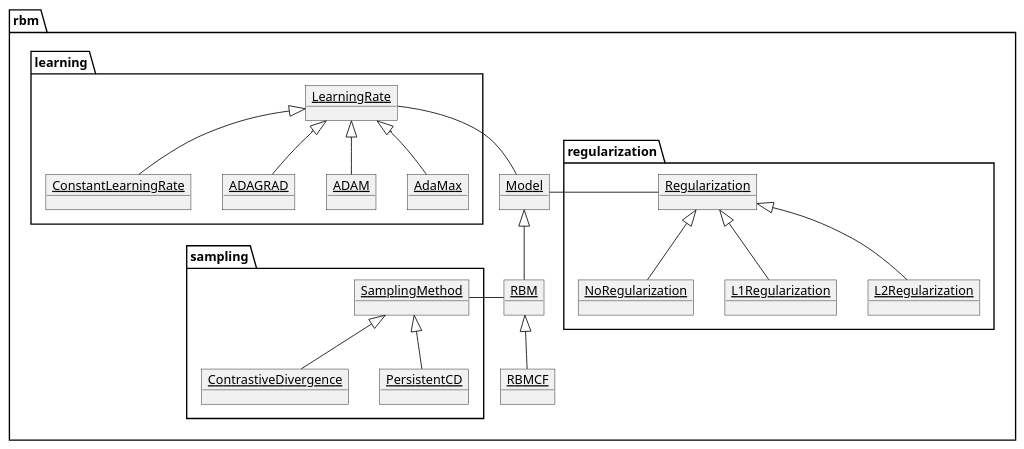
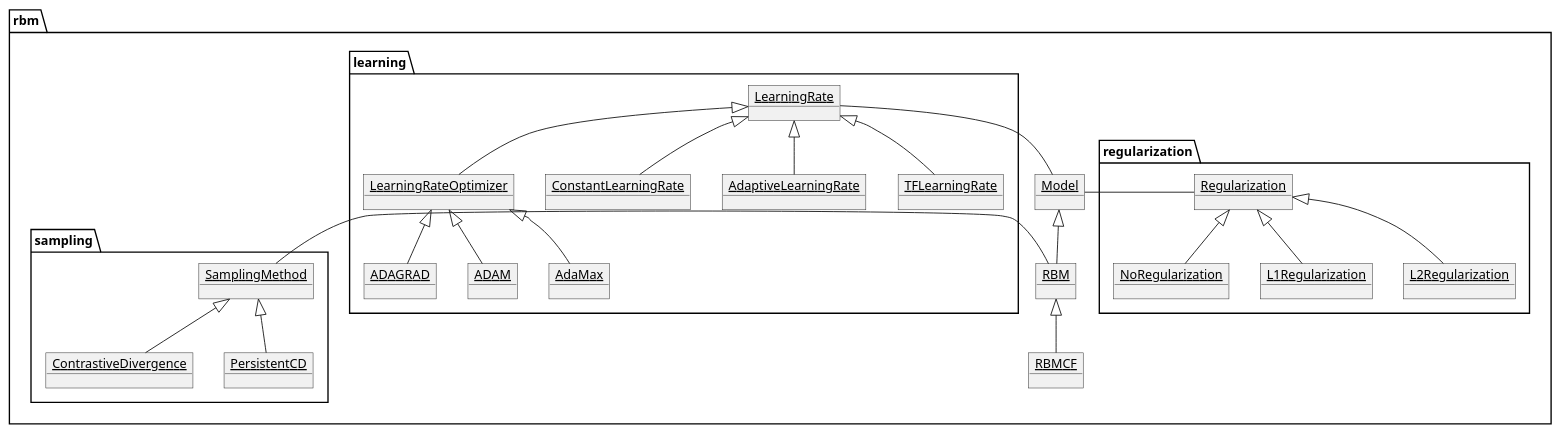
Before and after one commit to SrMouraSilva/RBM: the diagram in docs/source/uml/model.puml, drawn with PlantUML. The commit also changed 7 other files, not shown here.

```diff
--- a/docs/source/uml/model.puml
+++ b/docs/source/uml/model.puml
@@ -1,55 +1,62 @@
 @startuml
 'left to right direction
 skinparam style strictuml
 skinparam shadowing false
 skinparam monochrome true
 skinparam classAttributeIconSize 0
 
 package rbm {
     object Model
     object RBM
     object RBMCF
 
     package regularization {
         object Regularization
         object NoRegularization
         object L1Regularization
         object L2Regularization
     }
 
     package learning {
         object LearningRate
+        object LearningRateOptimizer
         object ConstantLearningRate
+        object AdaptiveLearningRate
+        object TFLearningRate
         object ADAGRAD
         object ADAM
         object AdaMax
     }
 
     package sampling {
         object SamplingMethod
         object ContrastiveDivergence
         object PersistentCD
     }
 }
 
 Model <|-- RBM
 RBM <|-- RBMCF
 
 Regularization <|-- NoRegularization
 Regularization <|-- L1Regularization
 Regularization <|-- L2Regularization
 
 
 Model -left- Regularization
 Model -up- LearningRate
 RBM -left- SamplingMethod
 
 LearningRate <|-- ConstantLearningRate
-LearningRate <|-- ADAGRAD
-LearningRate <|-- ADAM
-LearningRate <|-- AdaMax
+LearningRate <|-- AdaptiveLearningRate
+LearningRate <|-- TFLearningRate
+LearningRate <|-- LearningRateOptimizer
+
+LearningRateOptimizer <|-- ADAGRAD
+LearningRateOptimizer <|-- ADAM
+LearningRateOptimizer <|-- AdaMax
 
 SamplingMethod <|-- ContrastiveDivergence
 SamplingMethod <|-- PersistentCD
 
 @enduml
```
